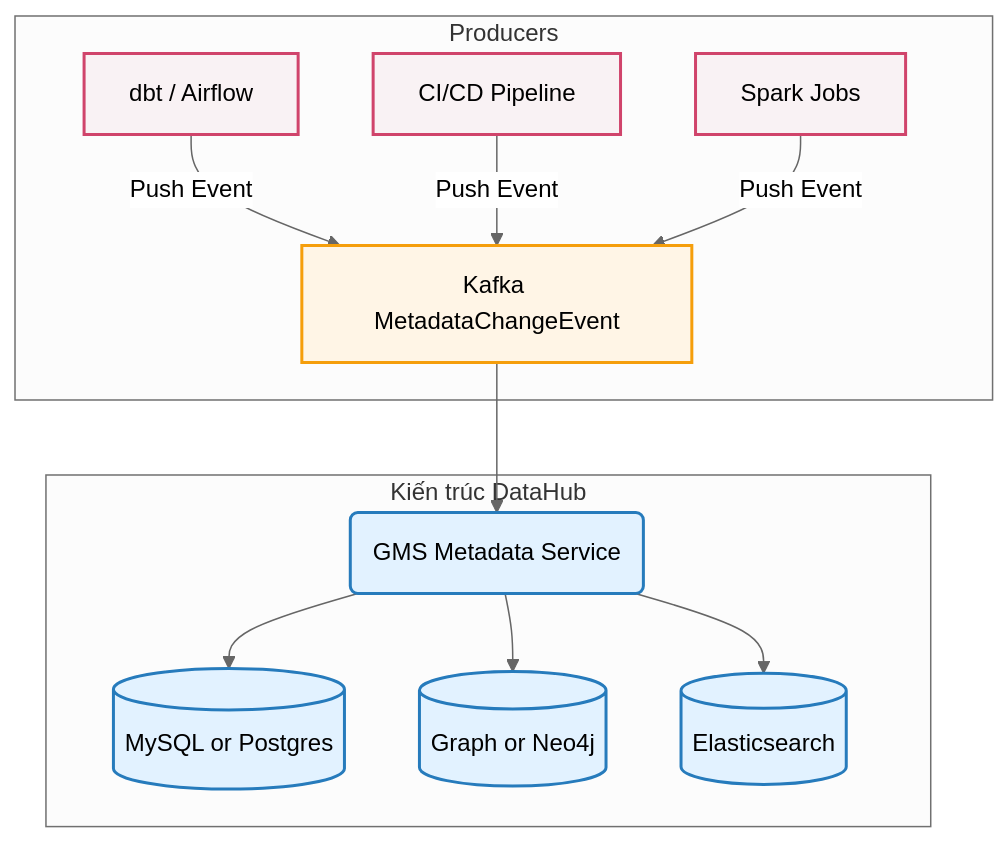
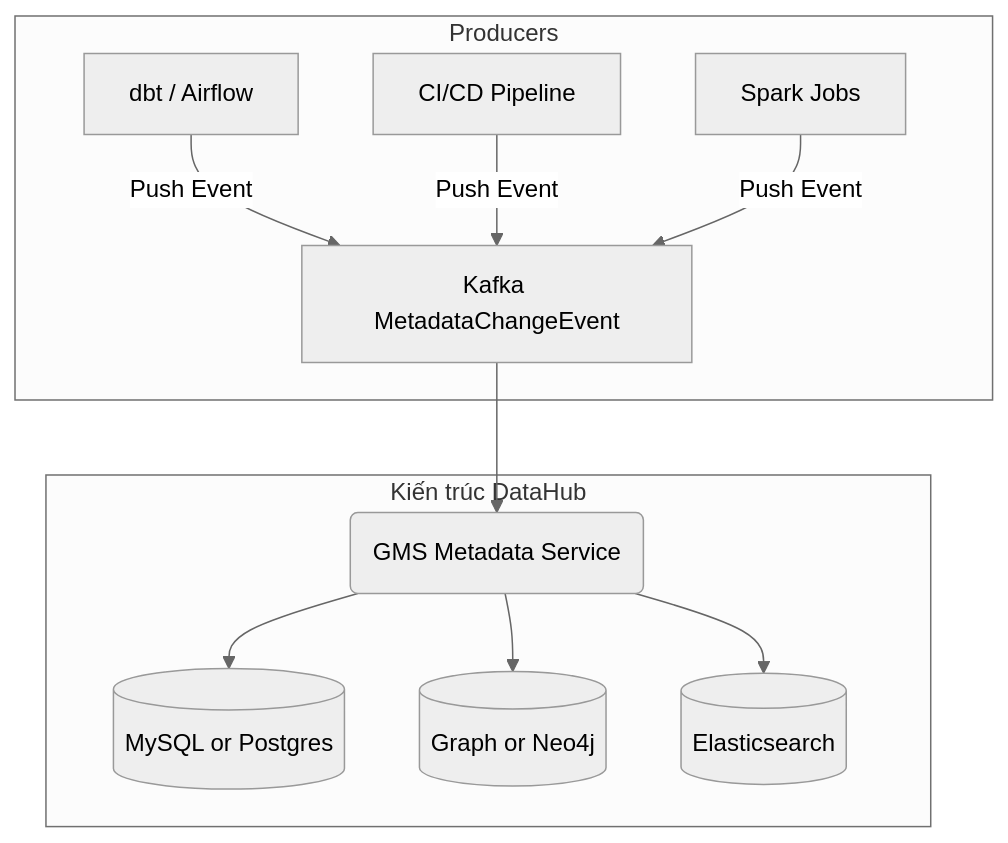
The second of 2 diagrams in src/content/docs/concepts/8-security-governance-finops/data-catalog.md (kythuatdulieu/kythuatdulieu.github.io), drawn with Mermaid (neutral theme) before and after one commit. The commit also changed other lines of this file and 686 other files, not shown here.

````diff
--- a/src/content/docs/concepts/8-security-governance-finops/data-catalog.md
+++ b/src/content/docs/concepts/8-security-governance-finops/data-catalog.md
@@ -86,26 +85,25 @@
 ```mermaid
 graph TD
-    classDef source fill:#f9f2f4,stroke:#d0446b,stroke-width:2px;
-    classDef event fill:#fff5e6,stroke:#f59e0b,stroke-width:2px;
-    classDef control fill:#e2f2ff,stroke:#267bbc,stroke-width:2px;
+
+
 
     subgraph Metadata_Producers ["Producers"]
         A["dbt / Airflow"]:::source -->|Push Event| K
         B["CI/CD Pipeline"]:::source -->|Push Event| K
         C["Spark Jobs"]:::source -->|Push Event| K
     end
     
     K["Kafka MetadataChangeEvent"]:::event
     
     subgraph DataHub_Control_Plane ["Kiến trúc DataHub"]
         D("GMS Metadata Service"):::control
         E[("MySQL or Postgres")]:::control
         F[("Graph or Neo4j")]:::control
         G[("Elasticsearch")]:::control
     end
     
     K --> D
     D --> E
     D --> F
     D --> G
 ```
````
